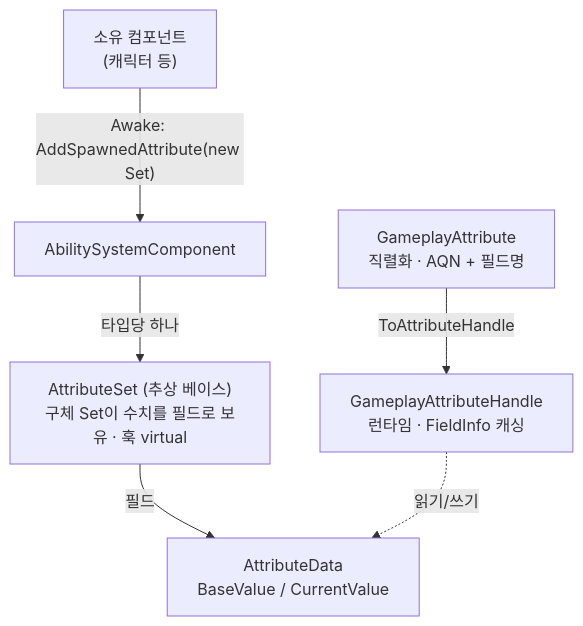
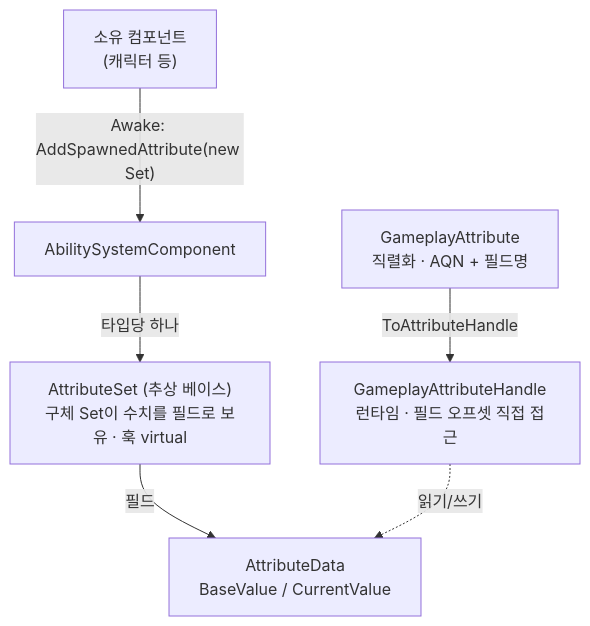
The first of 2 diagrams in dev-docs/project/architecture/ability-system/attribute.md (hanaaple/AbilitySystem-For-Unity), drawn with Mermaid before and after one commit. The commit also changed other lines of this file and 18 other files, not shown here.

First line of the commit message:
feat(attribute): GameplayAttributeHandle 필드 오프셋 직접 접근

````diff
--- a/dev-docs/project/architecture/ability-system/attribute.md
+++ b/dev-docs/project/architecture/ability-system/attribute.md
@@ -9,8 +9,8 @@
 ```mermaid
 flowchart TD
     OWNER["소유 컴포넌트<br/>(캐릭터 등)"] -->|"Awake: AddSpawnedAttribute(new Set)"| ASC["AbilitySystemComponent"]
     ASC -->|타입당 하나| SET["AttributeSet (추상 베이스)<br/>구체 Set이 수치를 필드로 보유 · 훅 virtual"]
     SET -->|필드| DATA["AttributeData<br/>BaseValue / CurrentValue"]
-    ATTR["GameplayAttribute<br/>직렬화 · AQN + 필드명"] -->|ToAttributeHandle| HANDLE["GameplayAttributeHandle<br/>런타임 · FieldInfo 캐싱"]
+    ATTR["GameplayAttribute<br/>직렬화 · AQN + 필드명"] -->|ToAttributeHandle| HANDLE["GameplayAttributeHandle<br/>런타임 · 필드 오프셋 직접 접근"]
     HANDLE -. 읽기/쓰기 .-> DATA
 ```
````
